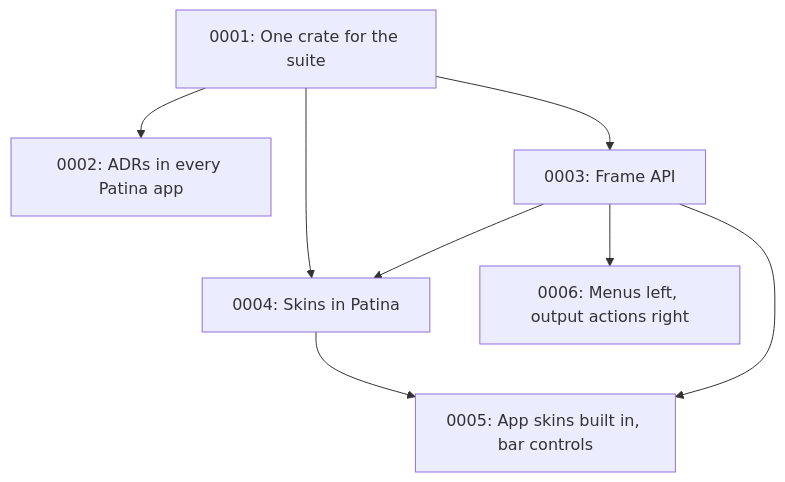
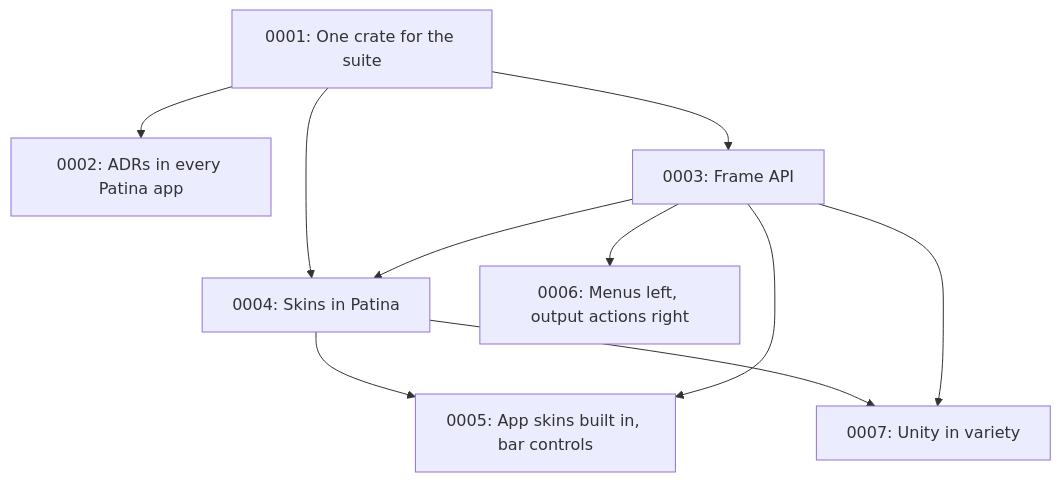
Before and after one commit to Sector-F-Labs/patina: the diagram in docs/adr/README.md, drawn with Mermaid. The commit also changed other lines of this file and 5 other files, not shown here.

First line of the commit message:
Design: unity in variety, and GNOME only as a source of defaults (ADR-0007)

````diff
--- a/docs/adr/README.md
+++ b/docs/adr/README.md
@@ -54,10 +55,12 @@
 ```mermaid
 flowchart TD
     A[0001: One crate for the suite] --> B[0002: ADRs in every Patina app]
     A --> C[0003: Frame API]
     A --> D[0004: Skins in Patina]
     C --> D
     D --> E[0005: App skins built in, bar controls]
     C --> F[0006: Menus left, output actions right]
     C --> E
+    D --> G[0007: Unity in variety]
+    C --> G
 ```
````
